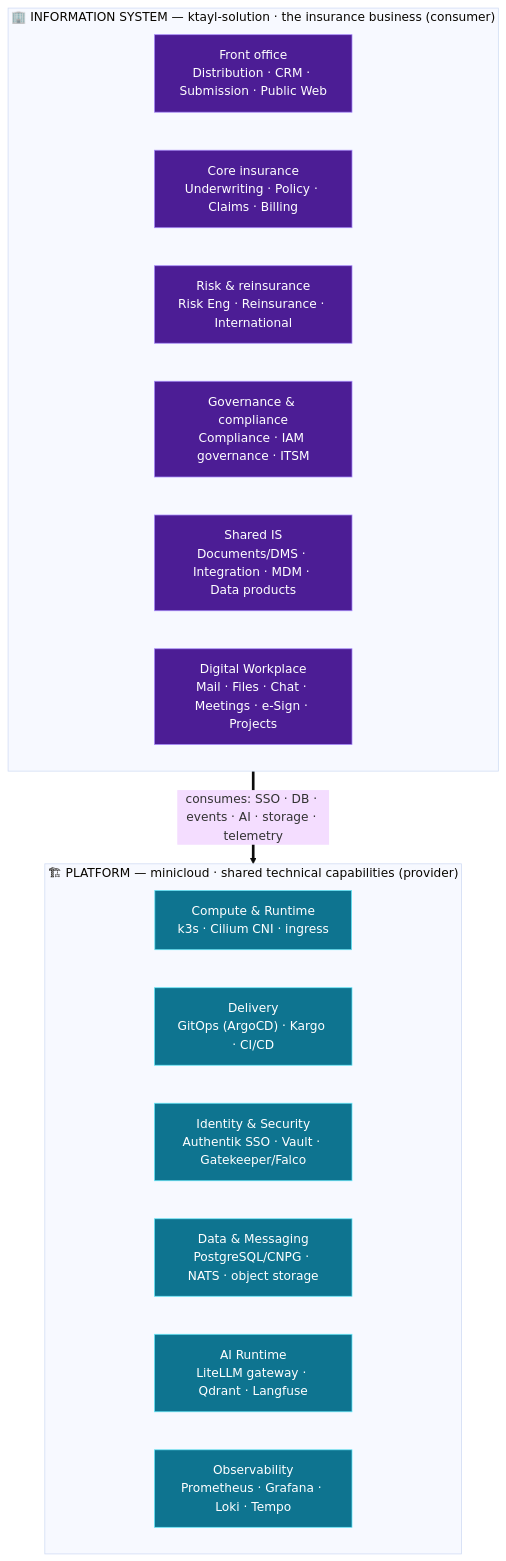
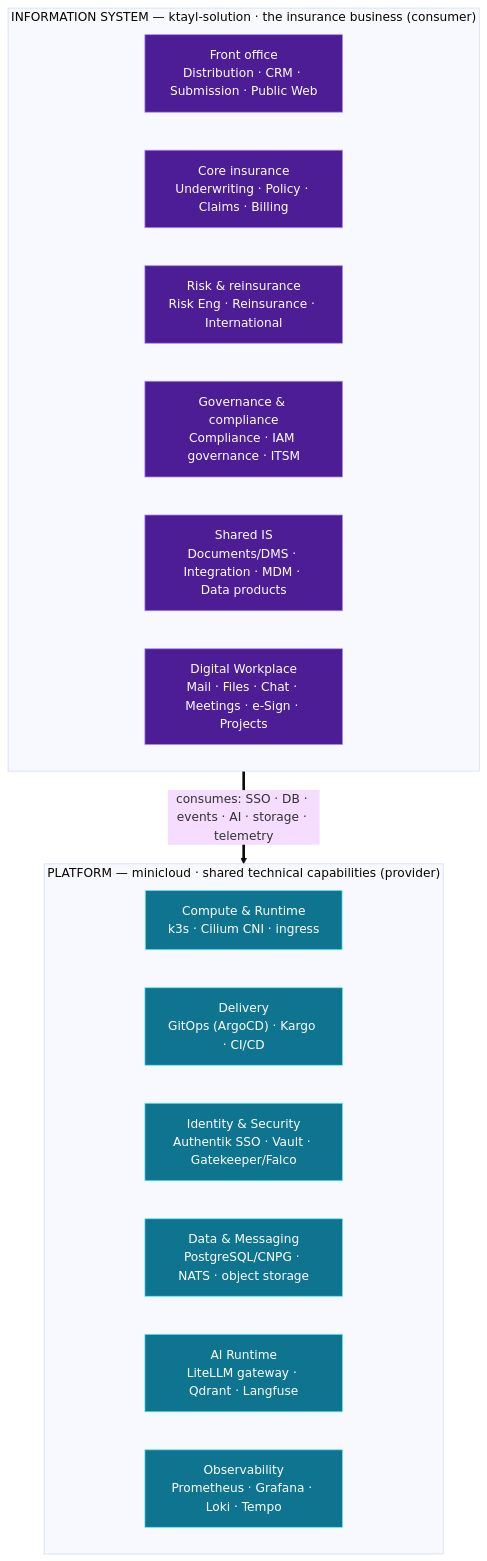
Before and after one commit to andrelair-platform/minicloud-platform-docs: the diagram in docs/architecture/index.md, drawn with Mermaid (base theme). The commit also changed other lines of this file and 17 other files, not shown here.

First line of the commit message:
docs: System Design index, Carnets home, real homepage + Platform IA cleanup (#453)

````diff
--- a/docs/architecture/index.md
+++ b/docs/architecture/index.md
@@ -37,29 +46,29 @@
 ```mermaid
 flowchart TB
-  subgraph IS["🏢 INFORMATION SYSTEM — ktayl-solution · the insurance business (consumer)"]
+  subgraph IS["INFORMATION SYSTEM — ktayl-solution · the insurance business (consumer)"]
     direction LR
     FO["Front office<br/>Distribution · CRM · Submission · Public Web"]
     CORE["Core insurance<br/>Underwriting · Policy · Claims · Billing"]
     RR["Risk &amp; reinsurance<br/>Risk Eng · Reinsurance · International"]
     GOV["Governance &amp; compliance<br/>Compliance · IAM governance · ITSM"]
     SHARED["Shared IS<br/>Documents/DMS · Integration · MDM · Data products"]
     DW["Digital Workplace<br/>Mail · Files · Chat · Meetings · e-Sign · Projects"]
   end
 
-  subgraph PLAT["🏗 PLATFORM — minicloud · shared technical capabilities (provider)"]
+  subgraph PLAT["PLATFORM — minicloud · shared technical capabilities (provider)"]
     direction LR
     RT["Compute &amp; Runtime<br/>k3s · Cilium CNI · ingress"]
     DEL["Delivery<br/>GitOps (ArgoCD) · Kargo · CI/CD"]
     SEC["Identity &amp; Security<br/>Authentik SSO · Vault · Gatekeeper/Falco"]
     DATA["Data &amp; Messaging<br/>PostgreSQL/CNPG · NATS · object storage"]
     AIR["AI Runtime<br/>LiteLLM gateway · Qdrant · Langfuse"]
     OBS["Observability<br/>Prometheus · Grafana · Loki · Tempo"]
   end
 
   IS ==>|"consumes: SSO · DB · events · AI · storage · telemetry"| PLAT
 
   classDef is fill:#4c1d95,stroke:#a78bfa,color:#ffffff;
   classDef plat fill:#0e7490,stroke:#67e8f9,color:#ffffff;
   class FO,CORE,RR,GOV,SHARED,DW is;
   class RT,DEL,SEC,DATA,AIR,OBS plat;
 ```
````
